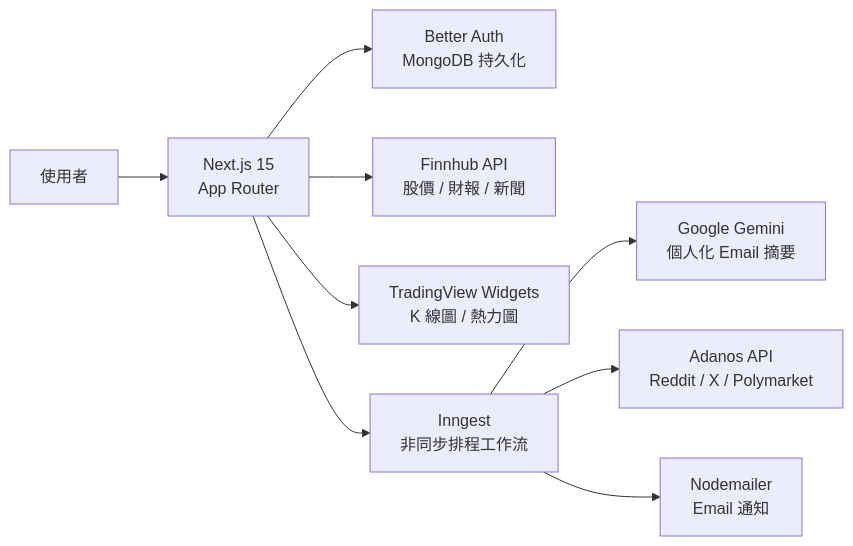
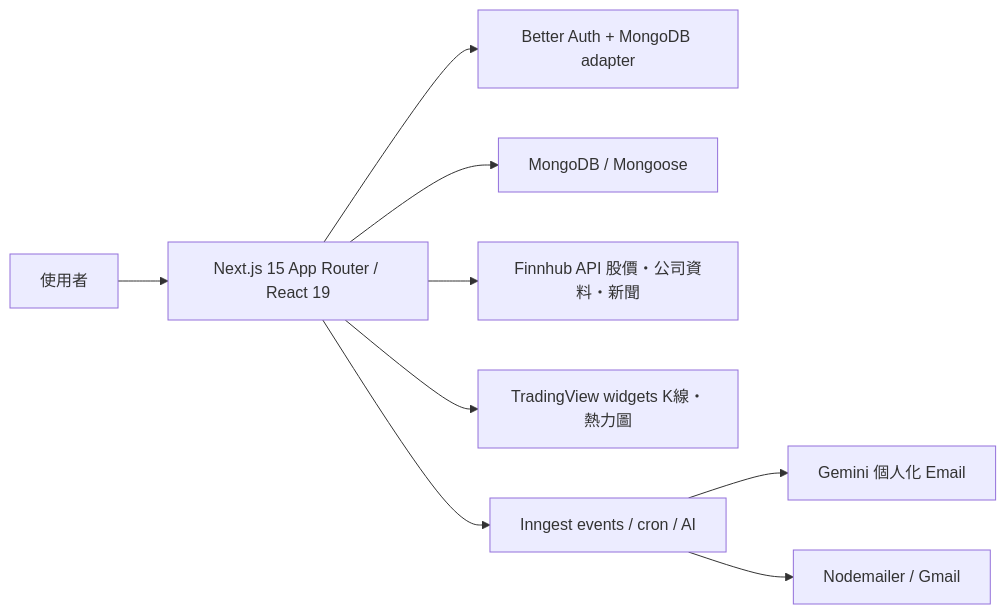
Before and after one commit to a920604a/engineernews: the diagram in src/content/posts/tech/2026-05-11-openstock-open-source-stock-dashboard.md, drawn with Mermaid. The commit also changed other lines of this file and 468 other files, not shown here.

````diff
--- a/src/content/posts/tech/2026-05-11-openstock-open-source-stock-dashboard.md
+++ b/src/content/posts/tech/2026-05-11-openstock-open-source-stock-dashboard.md
@@ -20,11 +30,11 @@
 ```mermaid
 graph LR
-  User["使用者"] --> Next["Next.js 15\nApp Router"]
-  Next --> Auth["Better Auth\nMongoDB 持久化"]
-  Next --> Finnhub["Finnhub API\n股價 / 財報 / 新聞"]
-  Next --> TV["TradingView Widgets\nK 線圖 / 熱力圖"]
-  Next --> Inngest["Inngest\n非同步排程工作流"]
-  Inngest --> Gemini["Google Gemini\n個人化 Email 摘要"]
-  Inngest --> Sentiment["Adanos API\nReddit / X / Polymarket"]
-  Inngest --> Mail["Nodemailer\nEmail 通知"]
+  User["使用者"] --> Next["Next.js 15 App Router / React 19"]
+  Next --> Auth["Better Auth + MongoDB adapter"]
+  Next --> Mongo["MongoDB / Mongoose"]
+  Next --> Finnhub["Finnhub API 股價・公司資料・新聞"]
+  Next --> TV["TradingView widgets K線・熱力圖"]
+  Next --> Inngest["Inngest events / cron / AI"]
+  Inngest --> Gemini["Gemini 個人化 Email"]
+  Inngest --> Mail["Nodemailer / Gmail"]
 ```
````
